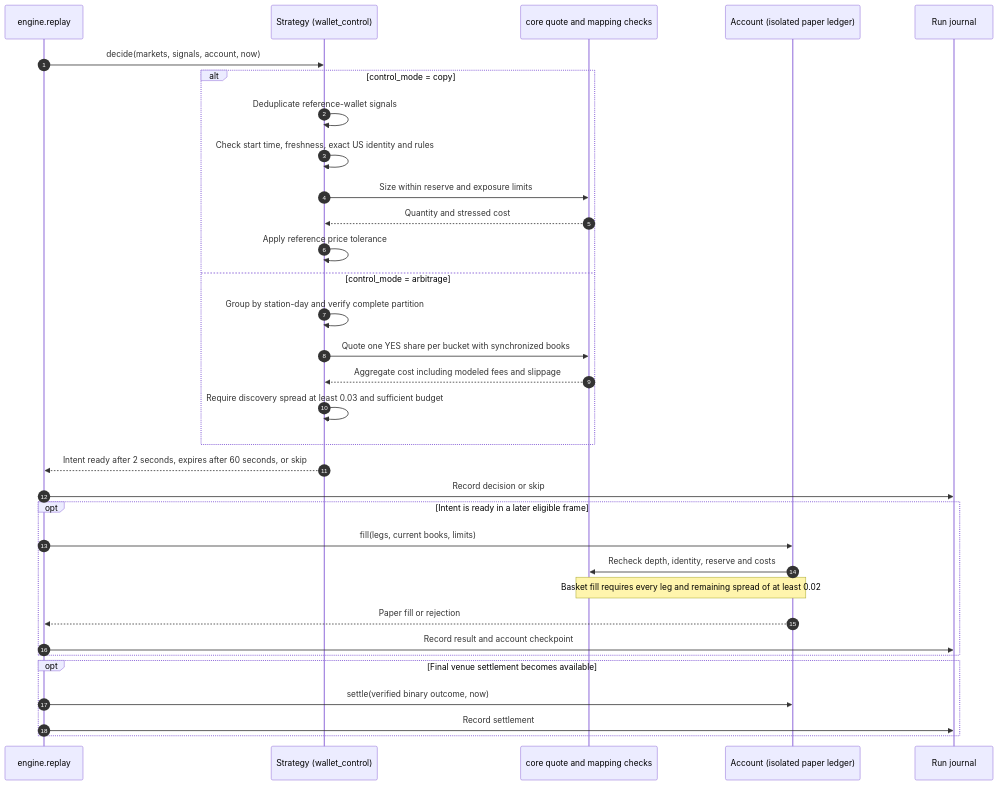
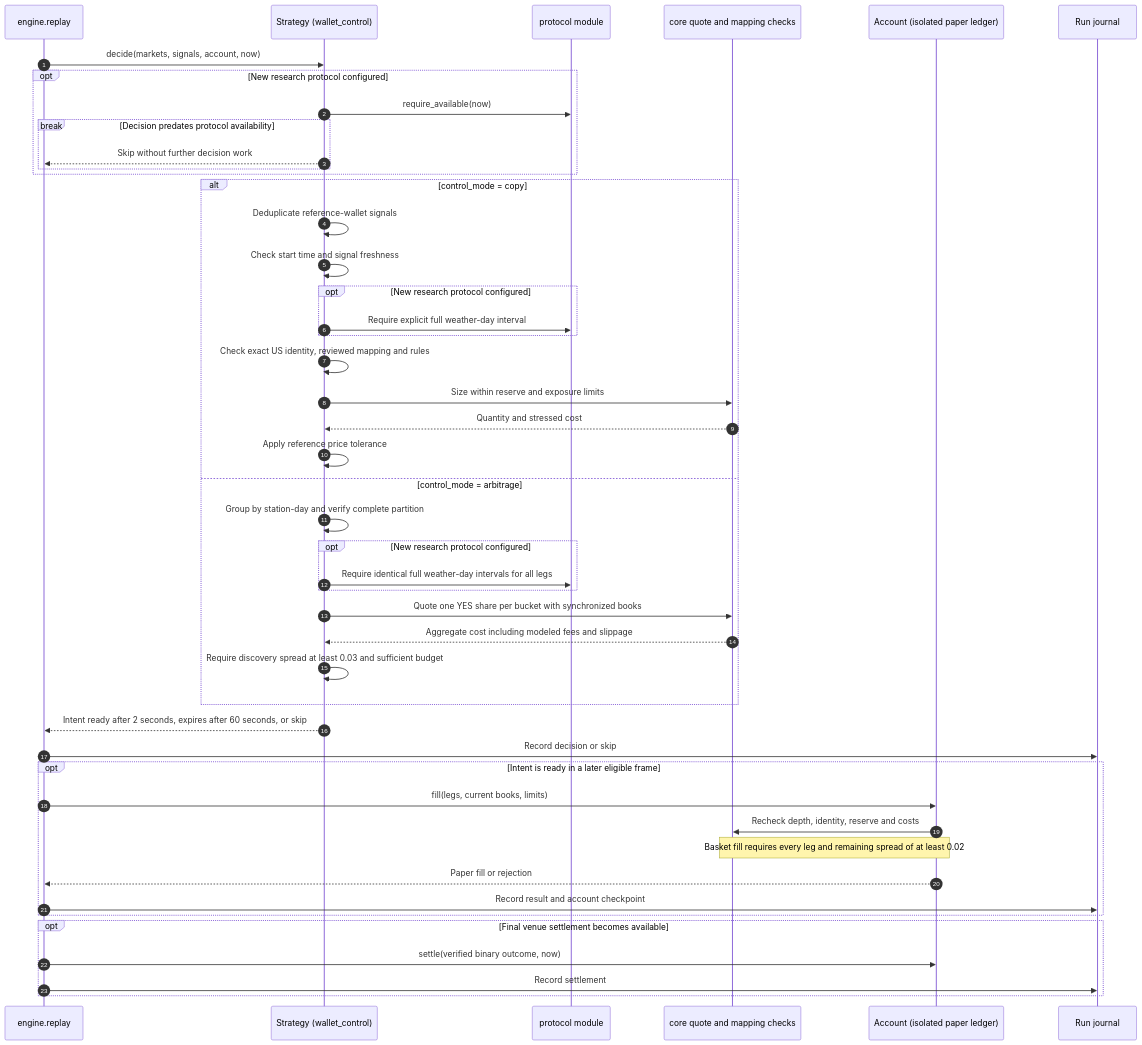
The first of 7 diagrams in docs/ARCHITECTURE-UML.md (burdena0/weather-lab-polymarket-us), drawn with Mermaid before and after one commit. The commit also changed other lines of this file and 13 other files, not shown here.

Commit message:
Synchronize architecture diagrams with versioned weather protocol

````diff
--- a/docs/ARCHITECTURE-UML.md
+++ b/docs/ARCHITECTURE-UML.md
@@ -13,35 +15,49 @@
 ```mermaid
 sequenceDiagram
     autonumber
     participant E as engine.replay
     participant S as Strategy (wallet_control)
+    participant D as protocol module
     participant Q as core quote and mapping checks
     participant A as Account (isolated paper ledger)
     participant J as Run journal
     E->>S: decide(markets, signals, account, now)
+    opt New research protocol configured
+        S->>D: require_available(now)
+        break Decision predates protocol availability
+            S-->>E: Skip without further decision work
+        end
+    end
     alt control_mode = copy
         S->>S: Deduplicate reference-wallet signals
-        S->>S: Check start time, freshness, exact US identity and rules
+        S->>S: Check start time and signal freshness
+        opt New research protocol configured
+            S->>D: Require explicit full weather-day interval
+        end
+        S->>S: Check exact US identity, reviewed mapping and rules
         S->>Q: Size within reserve and exposure limits
         Q-->>S: Quantity and stressed cost
         S->>S: Apply reference price tolerance
     else control_mode = arbitrage
         S->>S: Group by station-day and verify complete partition
+        opt New research protocol configured
+            S->>D: Require identical full weather-day intervals for all legs
+        end
         S->>Q: Quote one YES share per bucket with synchronized books
         Q-->>S: Aggregate cost including modeled fees and slippage
         S->>S: Require discovery spread at least 0.03 and sufficient budget
     end
     S-->>E: Intent ready after 2 seconds, expires after 60 seconds, or skip
     E->>J: Record decision or skip
     opt Intent is ready in a later eligible frame
         E->>A: fill(legs, current books, limits)
         A->>Q: Recheck depth, identity, reserve and costs
         Note over A,Q: Basket fill requires every leg and remaining spread of at least 0.02
         A-->>E: Paper fill or rejection
         E->>J: Record result and account checkpoint
     end
     opt Final venue settlement becomes available
         E->>A: settle(verified binary outcome, now)
         E->>J: Record settlement
     end
 ```
````
